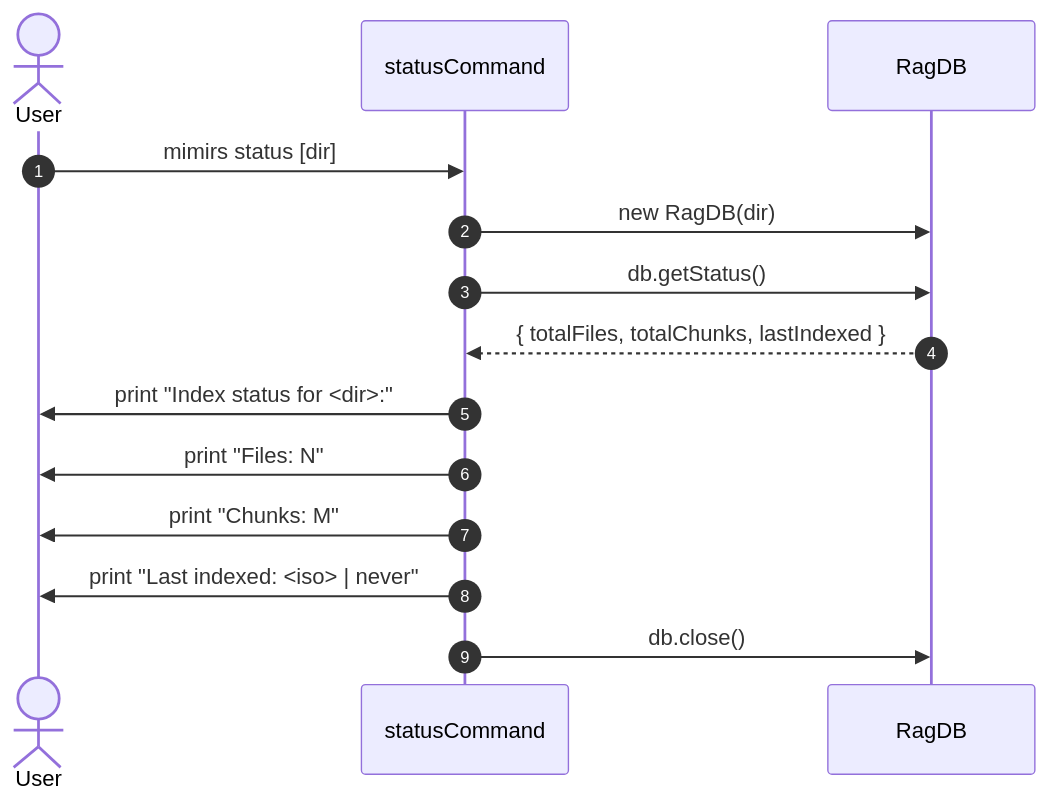
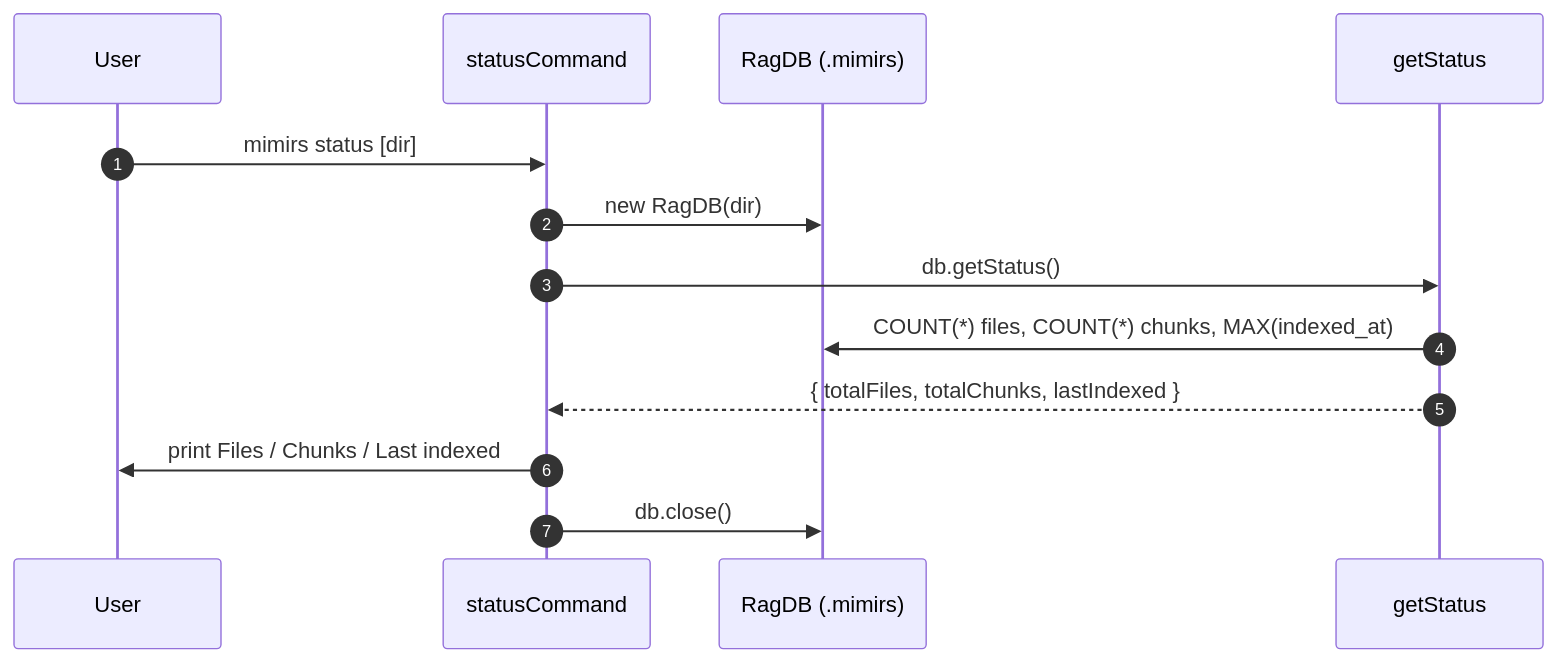
The diagram in wiki/cli/status.md (TheWinci/mimirs), drawn with Mermaid before and after one commit. The commit also changed other lines of this file and 52 other files, not shown here.

````diff
--- a/wiki/cli/status.md
+++ b/wiki/cli/status.md
@@ -9,17 +22,16 @@
 ```mermaid
 sequenceDiagram
     autonumber
-    actor User
+    participant User
     participant Cmd as statusCommand
-    participant DB as RagDB
+    participant DB as RagDB (.mimirs)
+    participant Q as getStatus
 
     User->>Cmd: mimirs status [dir]
     Cmd->>DB: new RagDB(dir)
-    Cmd->>DB: db.getStatus()
-    DB-->>Cmd: { totalFiles, totalChunks, lastIndexed }
-    Cmd->>User: print "Index status for <dir>:"
-    Cmd->>User: print "Files: N"
-    Cmd->>User: print "Chunks: M"
-    Cmd->>User: print "Last indexed: <iso> | never"
+    Cmd->>Q: db.getStatus()
+    Q->>DB: COUNT(*) files, COUNT(*) chunks, MAX(indexed_at)
+    Q-->>Cmd: { totalFiles, totalChunks, lastIndexed }
+    Cmd->>User: print Files / Chunks / Last indexed
     Cmd->>DB: db.close()
 ```
````
